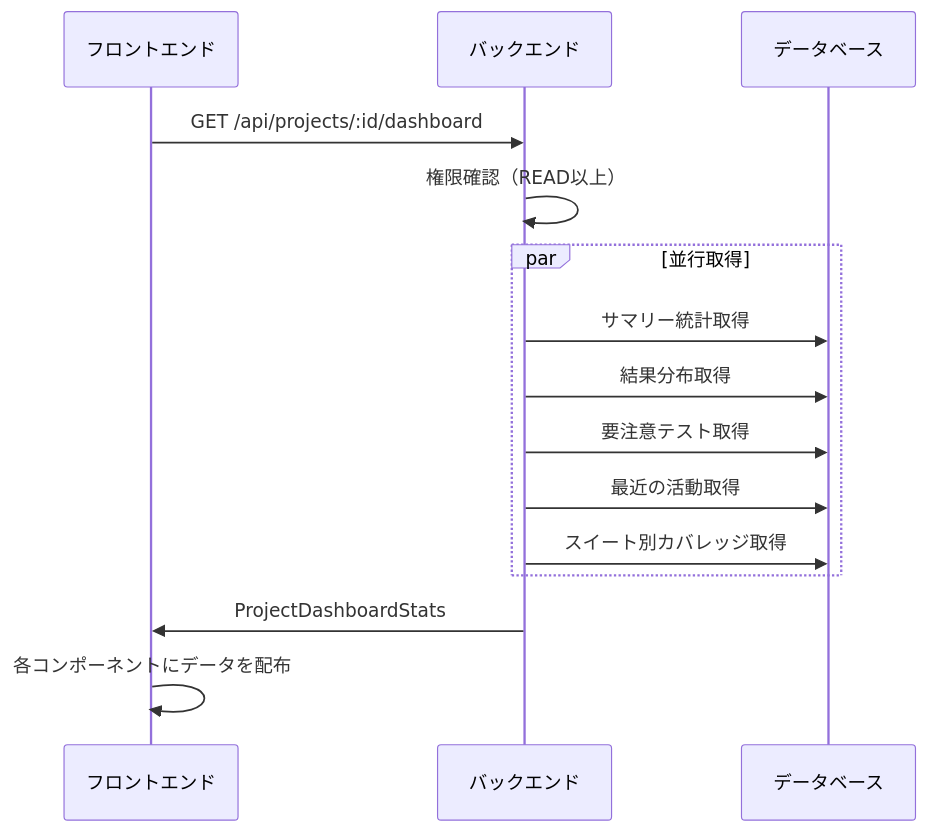
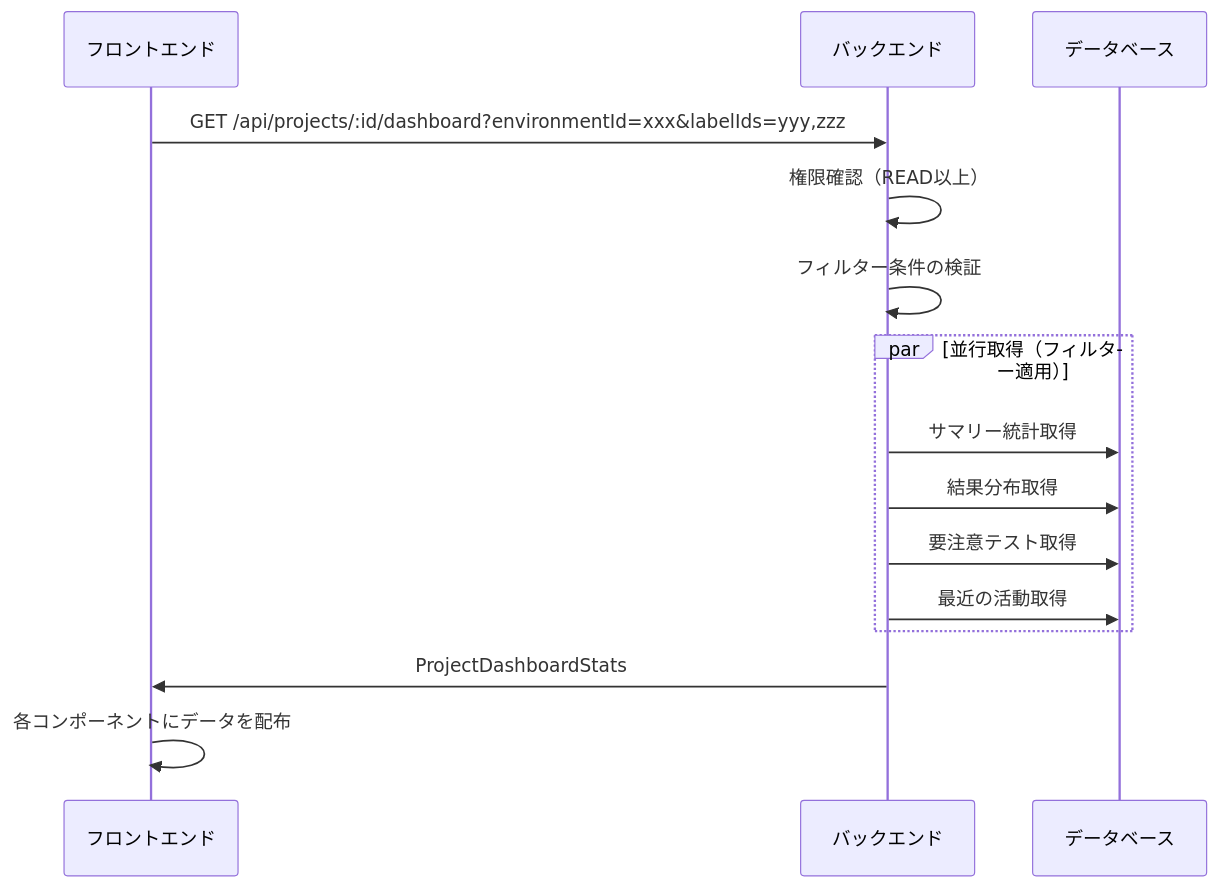
One commit to tsutsumi389/agentest changed the diagram in docs/architecture/features/project-dashboard.md. Above: the diagram before and after it, drawn with Mermaid. The commit also changed other lines of this file and 3 other files, not shown here.

````diff
--- a/docs/architecture/features/project-dashboard.md
+++ b/docs/architecture/features/project-dashboard.md
@@ -112,20 +114,20 @@
 ```mermaid
 sequenceDiagram
     participant F as フロントエンド
     participant B as バックエンド
     participant DB as データベース
 
-    F->>B: GET /api/projects/:id/dashboard
+    F->>B: GET /api/projects/:id/dashboard?environmentId=xxx&labelIds=yyy,zzz
     B->>B: 権限確認（READ以上）
+    B->>B: フィルター条件の検証
 
-    par 並行取得
+    par 並行取得（フィルター適用）
         B->>DB: サマリー統計取得
         B->>DB: 結果分布取得
         B->>DB: 要注意テスト取得
         B->>DB: 最近の活動取得
-        B->>DB: スイート別カバレッジ取得
     end
 
     B->>F: ProjectDashboardStats
     F->>F: 各コンポーネントにデータを配布
 ```
````
